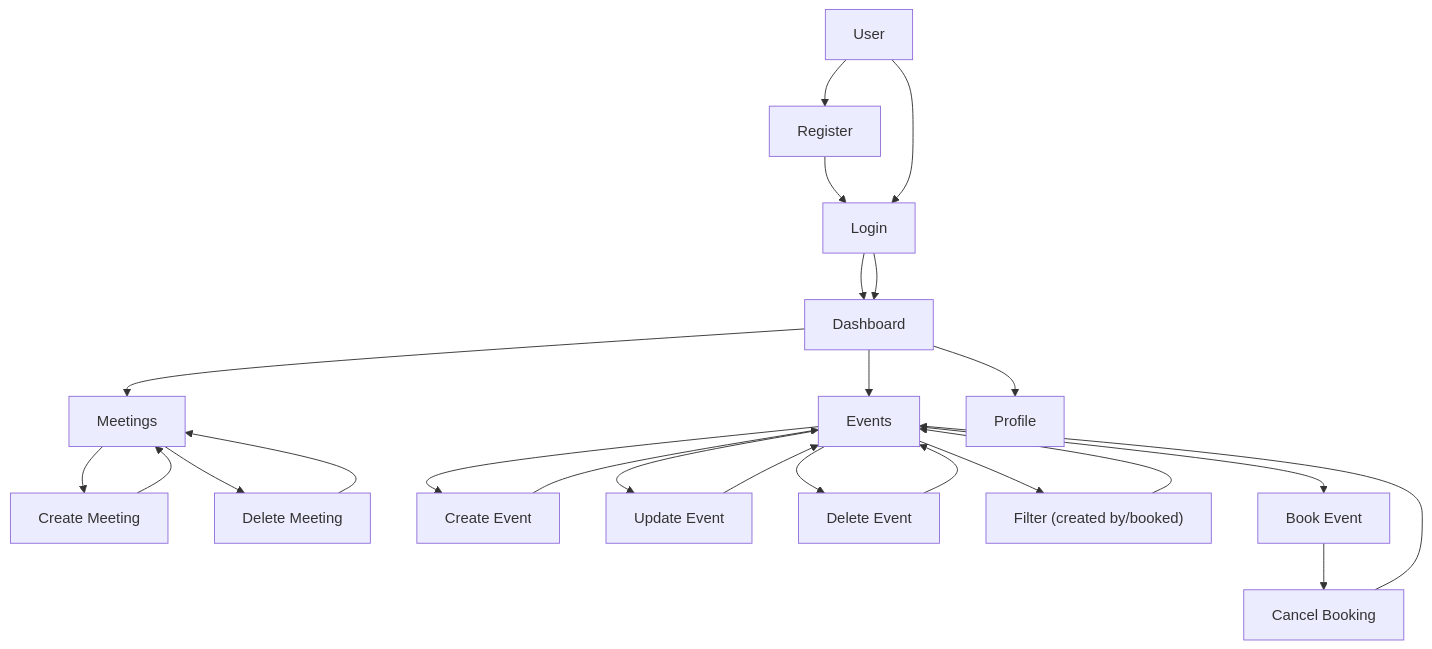
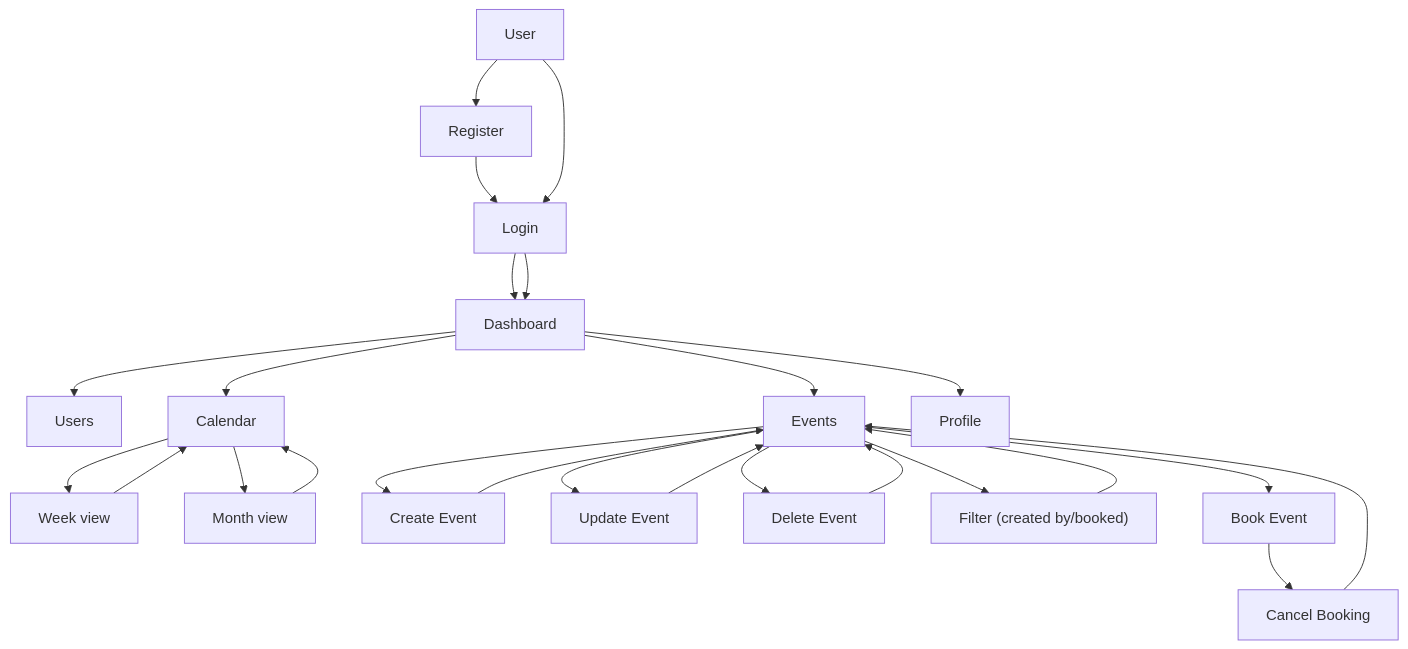
One commit to wakidurrahman/meeting-schedule-apps changed the third of 15 diagrams in README.md. Above: the diagram before and after it, drawn with Mermaid. The commit also changed other lines of this file and 22 other files, not shown here.

````diff
--- a/README.md
+++ b/README.md
@@ -88,31 +98,33 @@
 ```mermaid
 graph TD
 U["User"]
+USER["Users"]
 REG["Register"]
 LOG["Login"]
 DASH["Dashboard"]
-MEET["Meetings"]
-MEET_C["Create Meeting"]
-MEET_D["Delete Meeting"]
+MEET["Calendar"]
+MEET_C["Week view"]
+MEET_D["Month view"]
 EVL["Events"]
 EV_C["Create Event"]
 EV_U["Update Event"]
 EV_D["Delete Event"]
 EV_F["Filter (created by/booked)"]
 BK["Book Event"]
 CB["Cancel Booking"]
 PROF["Profile"]
 
 U --> REG --> LOG --> DASH
 U --> LOG --> DASH
 DASH --> MEET
 MEET --> MEET_C --> MEET
 MEET --> MEET_D --> MEET
 DASH --> EVL
+DASH --> USER
 EVL --> EV_C --> EVL
 EVL --> EV_U --> EVL
 EVL --> EV_D --> EVL
 EVL --> EV_F --> EVL
 EVL --> BK --> CB --> EVL
 DASH --> PROF
 ```
````
